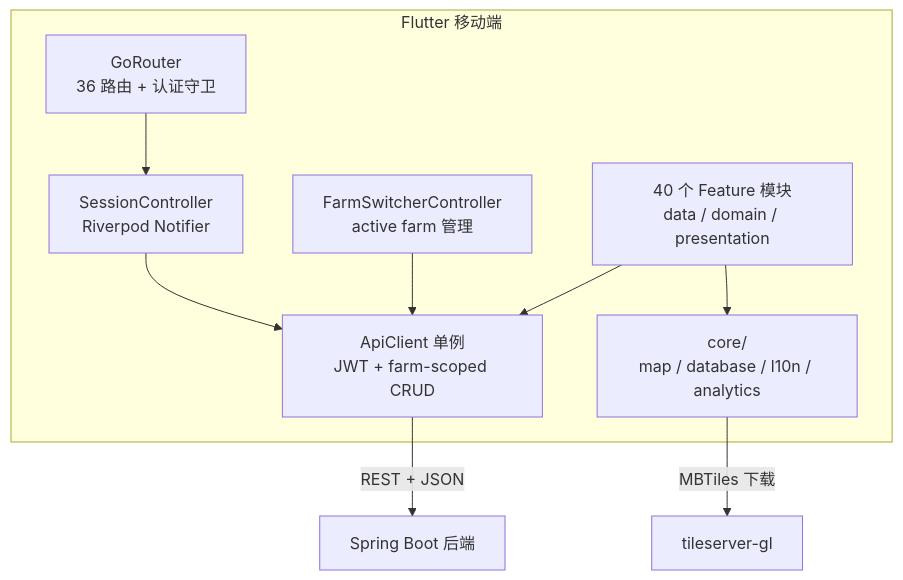
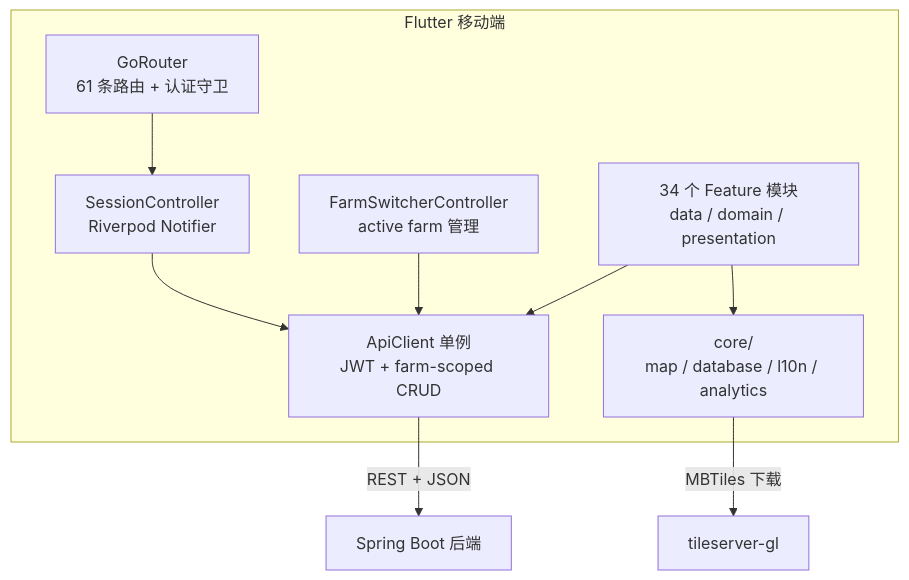
One commit to aime4eve/smart-livestock changed diagram 17 of 17 in docs/product/system-architecture.md. Above: the diagram before and after it, drawn with Mermaid. The commit also changed other lines of this file and 6 other files, not shown here.

````diff
--- a/docs/product/system-architecture.md
+++ b/docs/product/system-architecture.md
@@ -874,19 +955,19 @@
 ```mermaid
 graph TB
     subgraph "Flutter 移动端"
-        ROUTER["GoRouter<br/>36 路由 + 认证守卫"]
+        ROUTER["GoRouter<br/>61 条路由 + 认证守卫"]
         SESSION["SessionController<br/>Riverpod Notifier"]
         SCOPE["FarmSwitcherController<br/>active farm 管理"]
         APICLIENT["ApiClient 单例<br/>JWT + farm-scoped CRUD"]
-        FEATURES["40 个 Feature 模块<br/>data / domain / presentation"]
+        FEATURES["34 个 Feature 模块<br/>data / domain / presentation"]
         CORE["core/<br/>map / database / l10n / analytics"]
     end
 
     ROUTER --> SESSION
     SESSION --> APICLIENT
     SCOPE --> APICLIENT
     FEATURES --> APICLIENT
     FEATURES --> CORE
     APICLIENT -->|"REST + JSON"| BE[Spring Boot 后端]
     CORE -->|"MBTiles 下载"| TILE[tileserver-gl]
 ```
````
